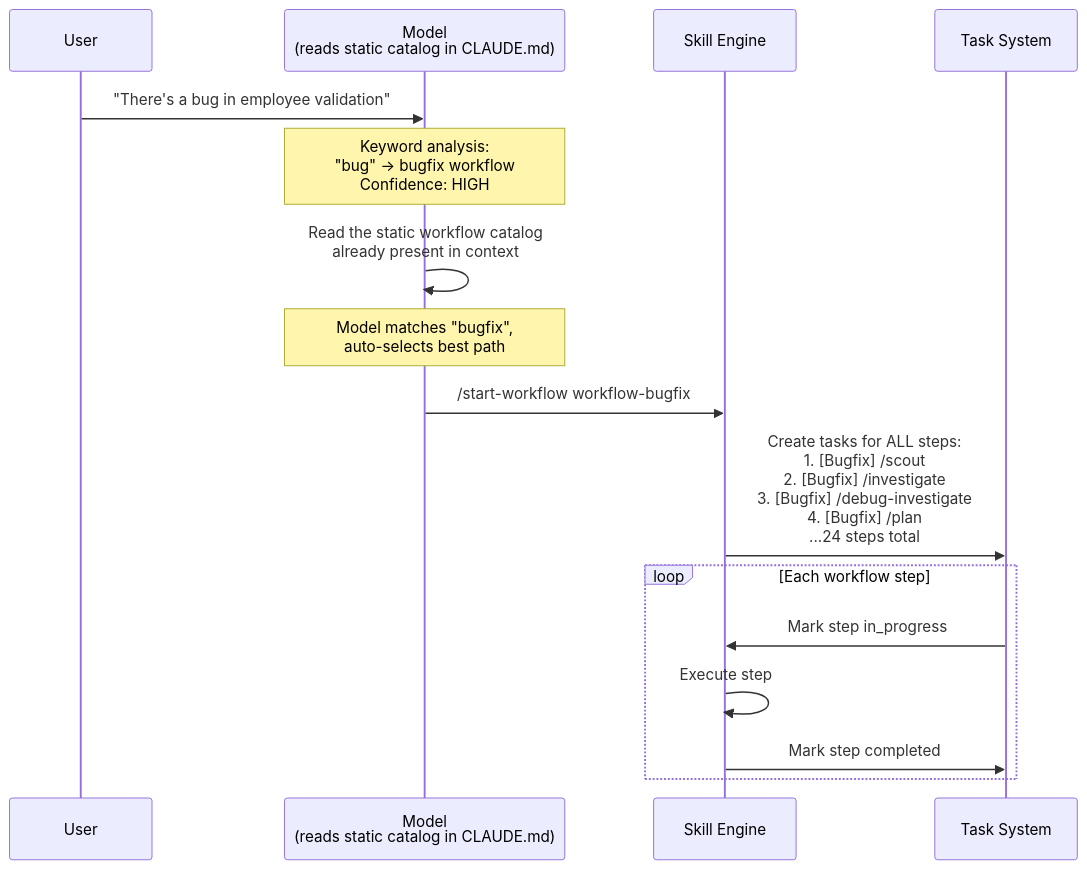
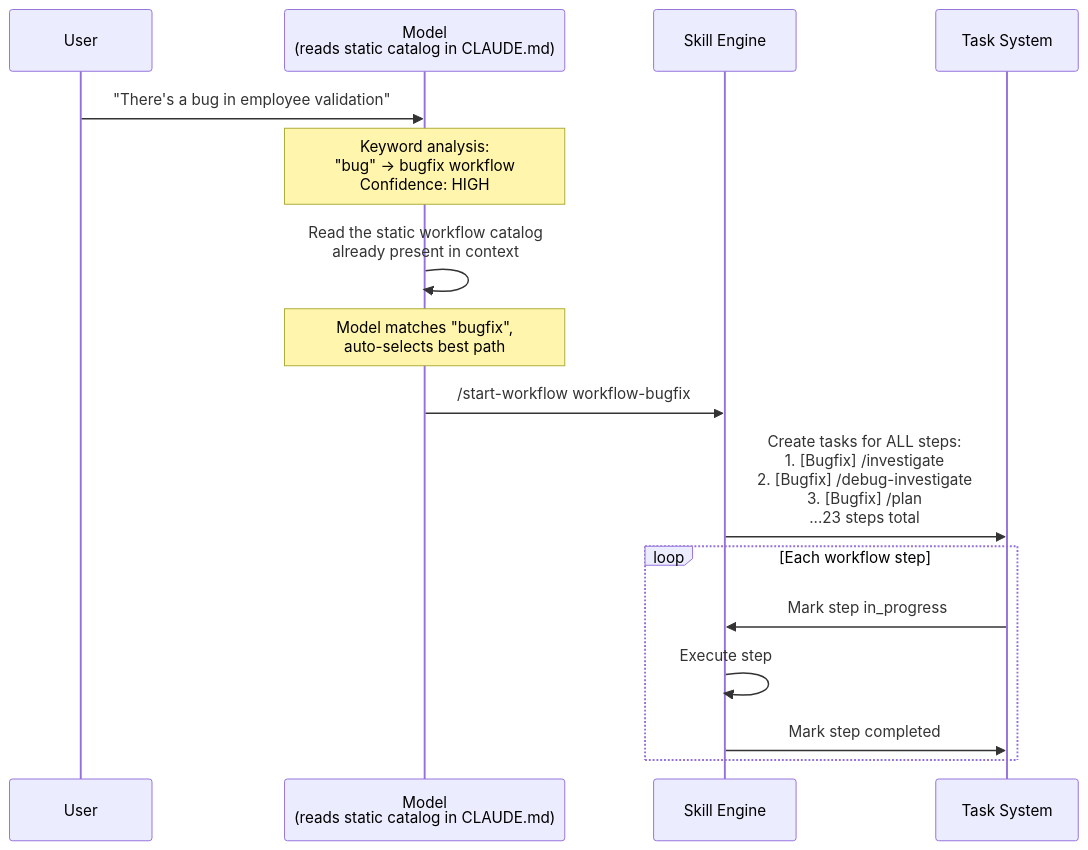
One commit to duc01226/easy-claude changed the seventh of 20 diagrams in .claude/docs/claude-ai-agent-framework-guide.md. Above: the diagram before and after it, drawn with Mermaid. The commit also changed other lines of this file and 517 other files, not shown here.

````diff
--- a/.claude/docs/claude-ai-agent-framework-guide.md
+++ b/.claude/docs/claude-ai-agent-framework-guide.md
@@ -827,25 +826,25 @@
 ```mermaid
 sequenceDiagram
     participant User
     participant Model as Model<br/>(reads static catalog in CLAUDE.md)
     participant Skill as Skill Engine
     participant Todo as Task System
 
     User->>Model: "There's a bug in employee validation"
 
     Note over Model: Keyword analysis:<br/>"bug" → bugfix workflow<br/>Confidence: HIGH
 
     Model->>Model: Read the static workflow catalog<br/>already present in context
 
     Note over Model: Model matches "bugfix",<br/>auto-selects best path
 
     Model->>Skill: /start-workflow workflow-bugfix
 
-    Skill->>Todo: Create tasks for ALL steps:<br/>1. [Bugfix] /scout<br/>2. [Bugfix] /investigate<br/>3. [Bugfix] /debug-investigate<br/>4. [Bugfix] /plan<br/>...24 steps total
+    Skill->>Todo: Create tasks for ALL steps:<br/>1. [Bugfix] /investigate<br/>2. [Bugfix] /debug-investigate<br/>3. [Bugfix] /plan<br/>...23 steps total
 
     loop Each workflow step
         Todo->>Skill: Mark step in_progress
         Skill->>Skill: Execute step
         Skill->>Todo: Mark step completed
     end
 ```
````
